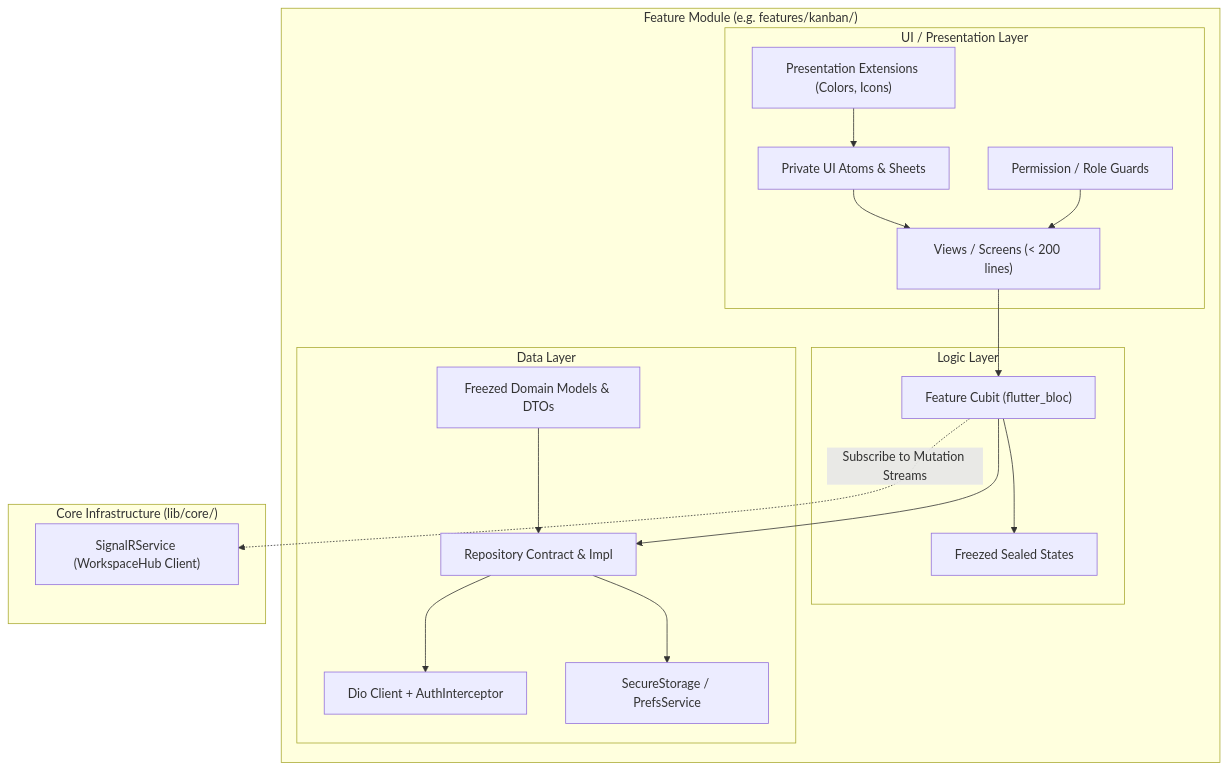
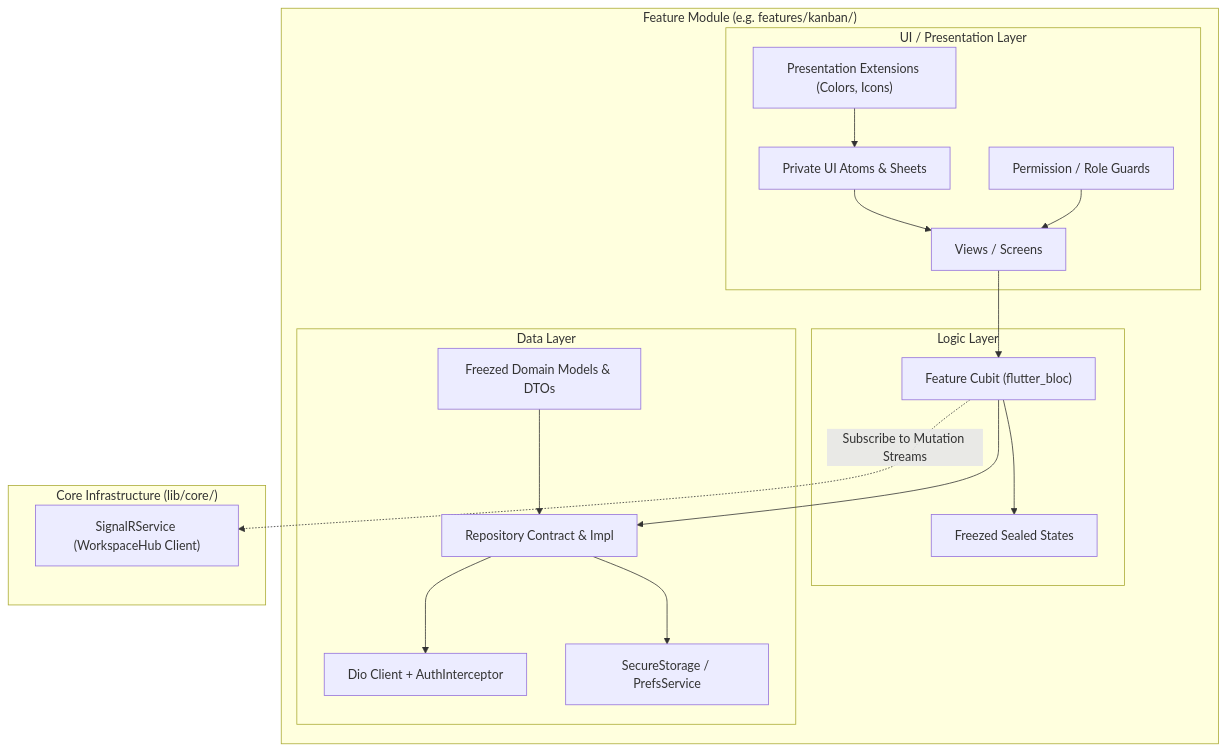
The second of 2 diagrams in README.md (Clark605/ProjectHub), drawn with Mermaid before and after one commit. The commit also changed other lines of this file, not shown here.

First line of the commit message:
docs: update README for authentication and security architecture

````diff
--- a/README.md
+++ b/README.md
@@ -178,38 +178,38 @@
 ```mermaid
 graph TD
     subgraph FeatureModule ["Feature Module (e.g. features/kanban/)"]
         subgraph UILayer ["UI / Presentation Layer"]
-            Screen["Views / Screens (< 200 lines)"]
+            Screen["Views / Screens"]
             Widgets["Private UI Atoms & Sheets"]
             UIExtensions["Presentation Extensions (Colors, Icons)"]
             Guards["Permission / Role Guards"]
         end
 
         subgraph LogicLayer ["Logic Layer"]
             Cubit["Feature Cubit (flutter_bloc)"]
             State["Freezed Sealed States"]
         end
 
         subgraph DataLayer ["Data Layer"]
             Repository["Repository Contract & Impl"]
             RemoteDataSource["Dio Client + AuthInterceptor"]
             LocalDataSource["SecureStorage / PrefsService"]
             Models["Freezed Domain Models & DTOs"]
         end
     end
 
     subgraph RealTimeInfrastructure ["Core Infrastructure (lib/core/)"]
         SignalRService["SignalRService (WorkspaceHub Client)"]
     end
 
     Screen --> Cubit
     Widgets --> Screen
     UIExtensions --> Widgets
     Guards --> Screen
     Cubit --> State
     Cubit --> Repository
     Cubit -.->|Subscribe to Mutation Streams| SignalRService
     Repository --> RemoteDataSource
     Repository --> LocalDataSource
     Models --> Repository
 ```
````
